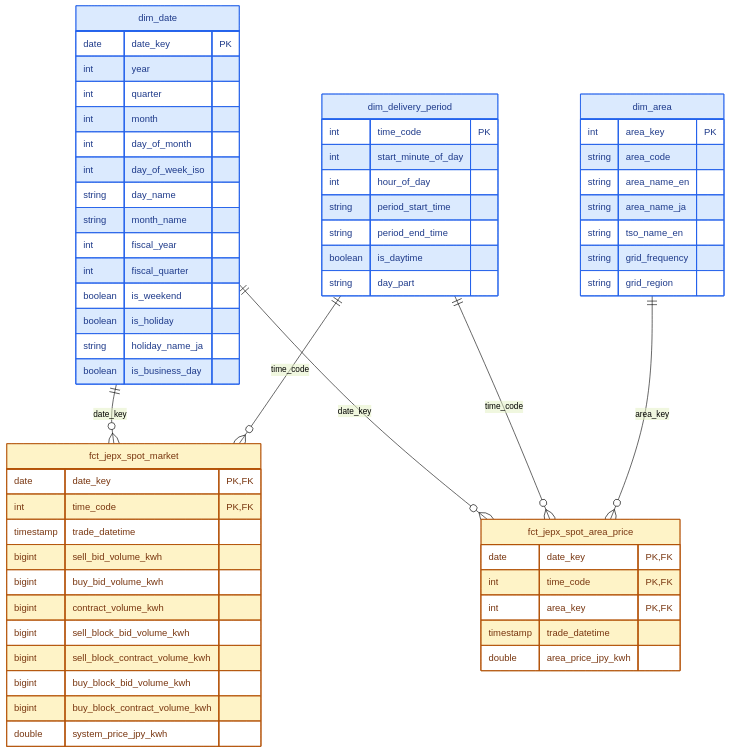
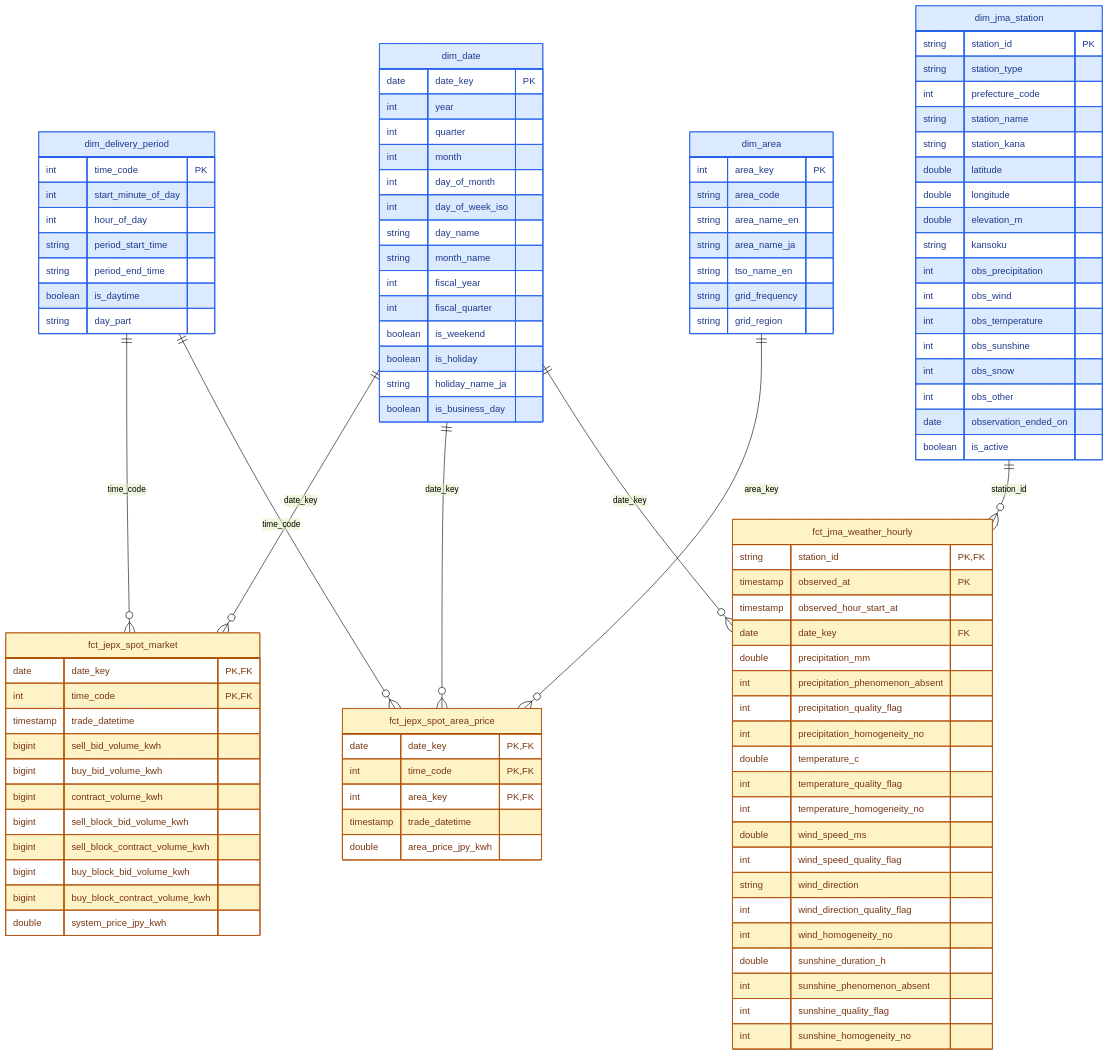
One commit to hankehly/power-market-analytics changed the diagram in docs/README.md. Above: the diagram before and after it, drawn with Mermaid (forest theme). The commit also changed other lines of this file, not shown here.

Commit message:
Add JMA models to mermaid chart

````diff
--- a/docs/README.md
+++ b/docs/README.md
@@ -19,6 +23,8 @@
     dim_date ||--o{ fct_jepx_spot_area_price : "date_key"
     dim_delivery_period ||--o{ fct_jepx_spot_area_price : "time_code"
     dim_area ||--o{ fct_jepx_spot_area_price : "area_key"
+    dim_date ||--o{ fct_jma_weather_hourly : "date_key"
+    dim_jma_station ||--o{ fct_jma_weather_hourly : "station_id"
 
     dim_date {
         date date_key PK
@@ -79,8 +85,51 @@
         double area_price_jpy_kwh
     }
 
+    dim_jma_station {
+        string station_id PK
+        string station_type
+        int prefecture_code
+        string station_name
+        string station_kana
+        double latitude
+        double longitude
+        double elevation_m
+        string kansoku
+        int obs_precipitation
+        int obs_wind
+        int obs_temperature
+        int obs_sunshine
+        int obs_snow
+        int obs_other
+        date observation_ended_on
+        boolean is_active
+    }
+
+    fct_jma_weather_hourly {
+        string station_id PK, FK
+        timestamp observed_at PK
+        timestamp observed_hour_start_at
+        date date_key FK
+        double precipitation_mm
+        int precipitation_phenomenon_absent
+        int precipitation_quality_flag
+        int precipitation_homogeneity_no
+        double temperature_c
+        int temperature_quality_flag
+        int temperature_homogeneity_no
+        double wind_speed_ms
+        int wind_speed_quality_flag
+        string wind_direction
+        int wind_direction_quality_flag
+        int wind_homogeneity_no
+        double sunshine_duration_h
+        int sunshine_phenomenon_absent
+        int sunshine_quality_flag
+        int sunshine_homogeneity_no
+    }
+
     classDef dim fill:#DBEAFE,stroke:#2563EB,color:#1E3A8A
     classDef fact fill:#FEF3C7,stroke:#B45309,color:#78350F
-    class dim_date,dim_delivery_period,dim_area dim
-    class fct_jepx_spot_market,fct_jepx_spot_area_price fact
+    class dim_date,dim_delivery_period,dim_area,dim_jma_station dim
+    class fct_jepx_spot_market,fct_jepx_spot_area_price,fct_jma_weather_hourly fact
 ```
````
